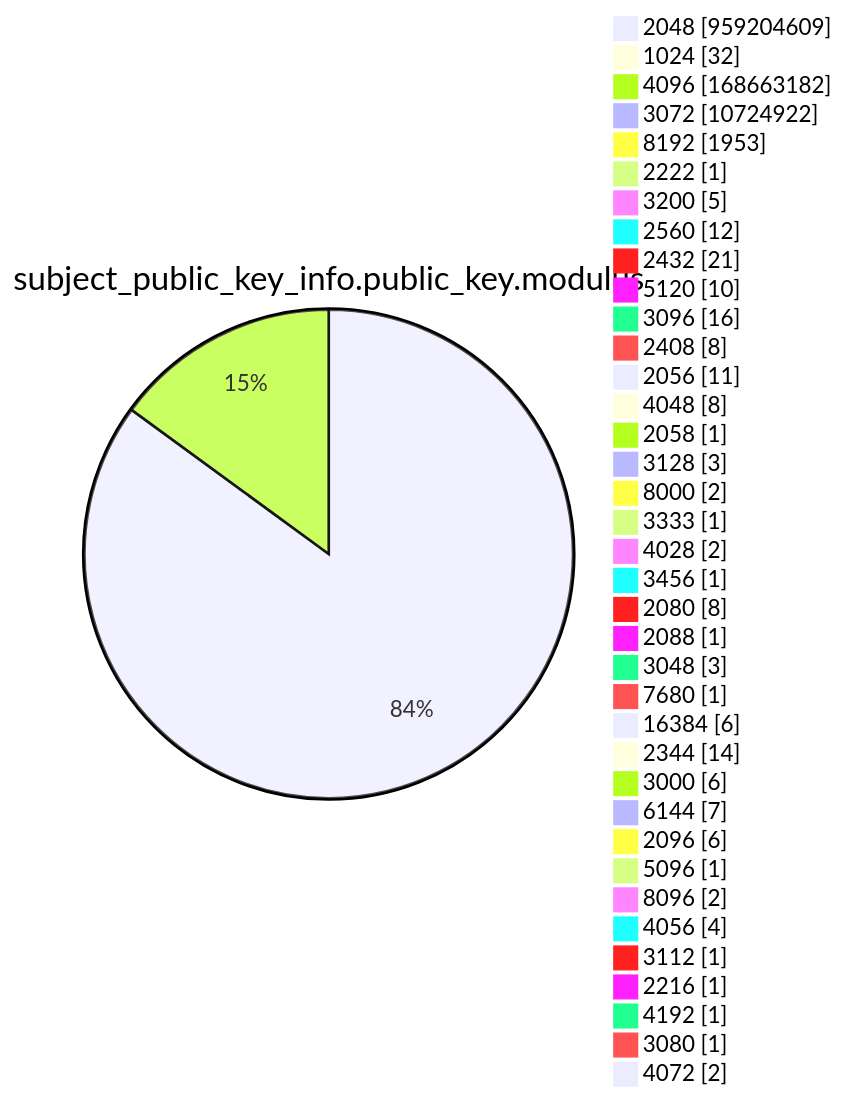
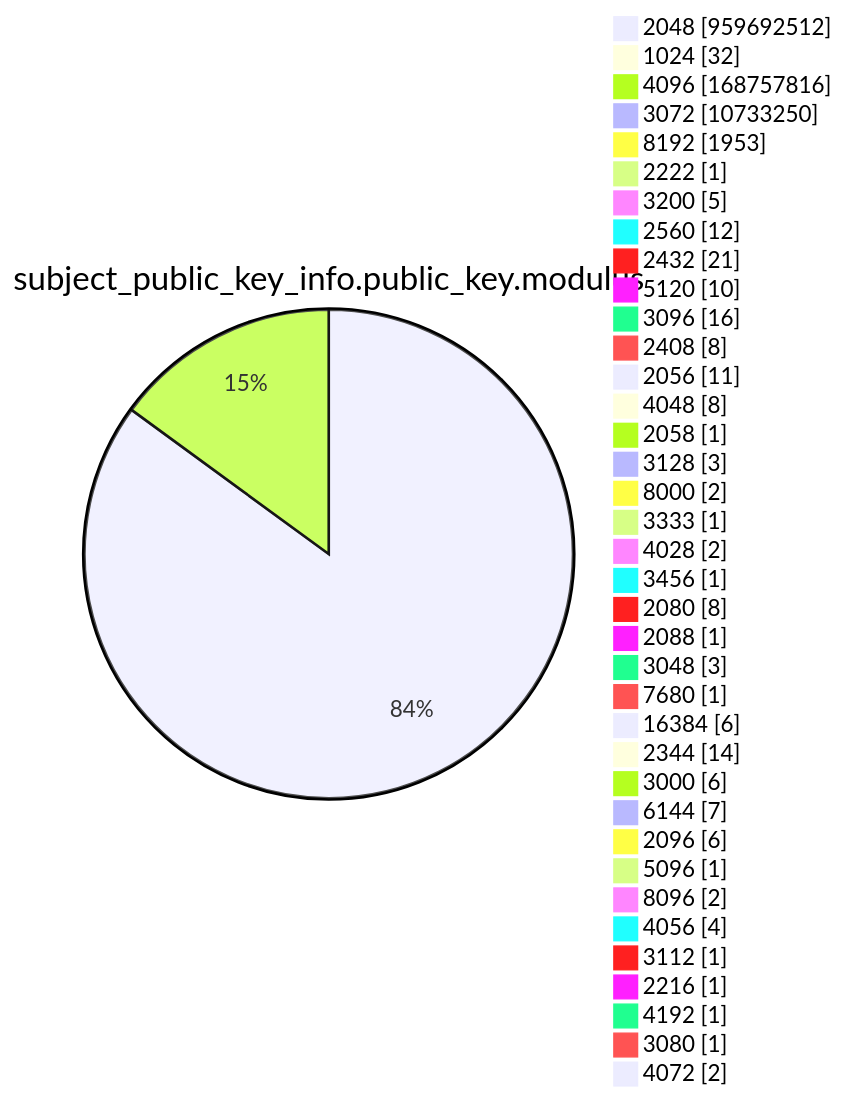
Before and after one commit to christiankrug/ctmonitor_visualization: diagram 13 of 15 in argon2022/README.md, drawn with Mermaid. The commit also changed other lines of this file, not shown here.

````diff
--- a/argon2022/README.md
+++ b/argon2022/README.md
@@ -3586,41 +3586,41 @@
 ```mermaid
 pie showData
 title subject_public_key_info.public_key.modulus
-"2048" :959204609
+"2048" :959692512
 "1024" :32
-"4096" :168663182
-"3072" :10724922
+"4096" :168757816
+"3072" :10733250
 "8192" :1953
 "2222" :1
 "3200" :5
 "2560" :12
 "2432" :21
 "5120" :10
 "3096" :16
 "2408" :8
 "2056" :11
 "4048" :8
 "2058" :1
 "3128" :3
 "8000" :2
 "3333" :1
 "4028" :2
 "3456" :1
 "2080" :8
 "2088" :1
 "3048" :3
 "7680" :1
 "16384" :6
 "2344" :14
 "3000" :6
 "6144" :7
 "2096" :6
 "5096" :1
 "8096" :2
 "4056" :4
 "3112" :1
 "2216" :1
 "4192" :1
 "3080" :1
 "4072" :2
 ```
````
